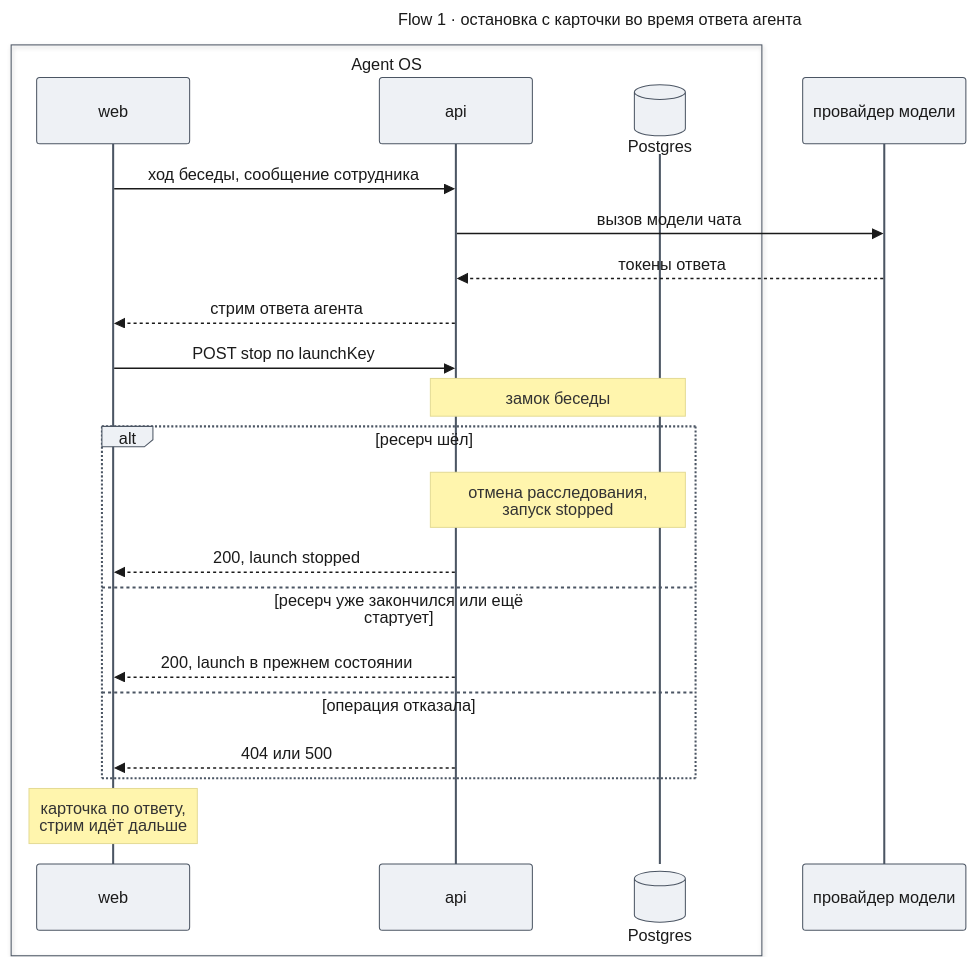
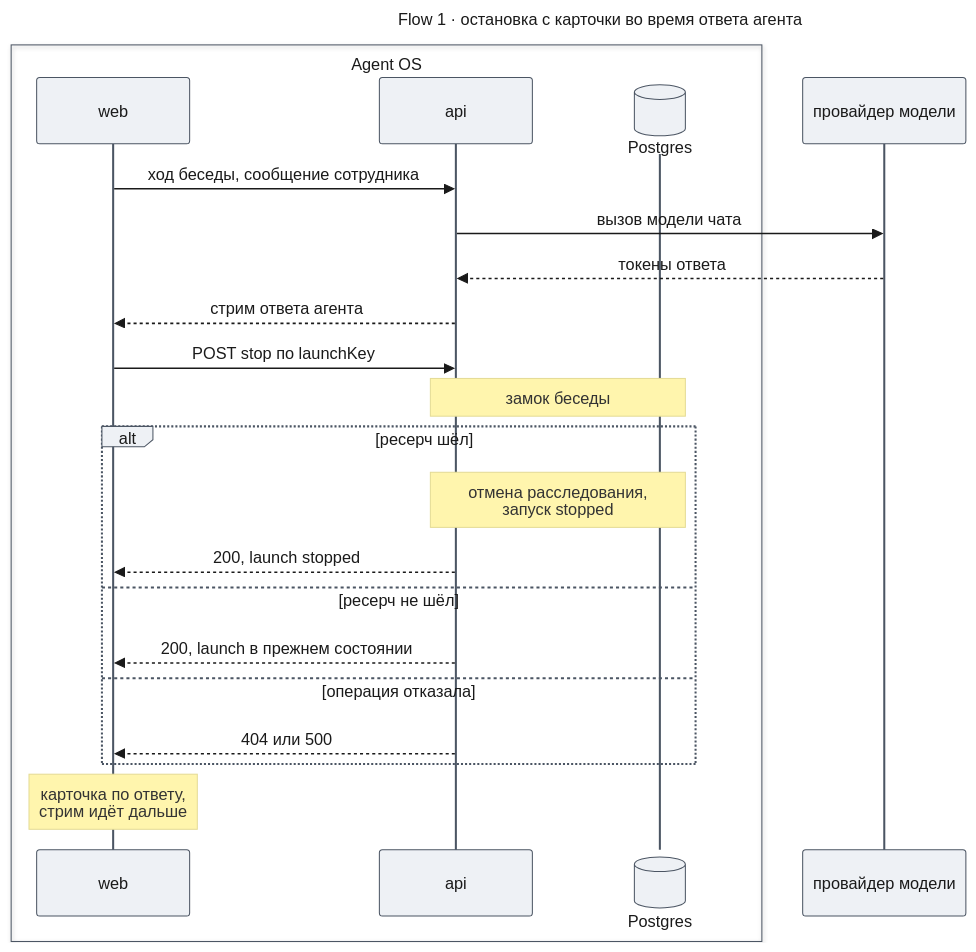
One commit to tundraray/agent-os changed the tenth of 11 diagrams in docs/features/agent-quality/design-web.md. Above: the diagram before and after it, drawn with Mermaid. The commit also changed other lines of this file, not shown here.

Commit message:
docs: align web design with lifecycle schema and new UXRD card states

````diff
--- a/docs/features/agent-quality/design-web.md
+++ b/docs/features/agent-quality/design-web.md
@@ -593,46 +602,46 @@
 ```mermaid
 ---
 title: "Flow 1 · остановка с карточки во время ответа агента"
 config:
   theme: base
   look: classic
   themeVariables:
     primaryColor: "#eef1f5"
     primaryBorderColor: "#4b5563"
     primaryTextColor: "#1a1a1a"
     lineColor: "#6b7280"
   themeCSS: |
     @keyframes lit_wf1{0%,11.25%{stroke:#991b1b;stroke-width:6px}12.5%,100%{stroke:#37474f;stroke-width:2px}}
     @keyframes litr_wf1{0%,11.25%{stroke:#1d4ed8;stroke-width:6px}12.5%,100%{stroke:#37474f;stroke-width:2px}}
     .messageLine0[data-id='i0'],.messageLine1[data-id='i0']{animation:lit_wf1 9.6s linear 0s infinite}
     .messageLine0[data-id='i1'],.messageLine1[data-id='i1']{animation:lit_wf1 9.6s linear 1.2s infinite}
     .messageLine0[data-id='i2'],.messageLine1[data-id='i2']{animation:litr_wf1 9.6s linear 2.4s infinite}
     .messageLine0[data-id='i3'],.messageLine1[data-id='i3']{animation:litr_wf1 9.6s linear 3.6s infinite}
     .messageLine0[data-id='i4'],.messageLine1[data-id='i4']{animation:lit_wf1 9.6s linear 4.8s infinite}
     .messageLine0[data-id='i8'],.messageLine1[data-id='i8']{animation:litr_wf1 9.6s linear 6s infinite}
     .messageLine0[data-id='i10'],.messageLine1[data-id='i10']{animation:litr_wf1 9.6s linear 7.2s infinite}
     .messageLine0[data-id='i12'],.messageLine1[data-id='i12']{animation:litr_wf1 9.6s linear 8.4s infinite}
 ---
 sequenceDiagram
     box Agent OS
         participant W as web
         participant API as api
         participant DB@{ "type": "database" } as Postgres
     end
     participant LLM as провайдер модели
     W->>API: ход беседы, сообщение сотрудника
     API->>LLM: вызов модели чата
     LLM-->>API: токены ответа
     API-->>W: стрим ответа агента
     W->>API: POST stop по launchKey
     Note over API,DB: замок беседы
     alt ресерч шёл
         Note over API,DB: отмена расследования,<br/>запуск stopped
         API-->>W: 200, launch stopped
-    else ресерч уже закончился или ещё стартует
+    else ресерч не шёл
         API-->>W: 200, launch в прежнем состоянии
     else операция отказала
         API-->>W: 404 или 500
     end
     Note over W: карточка по ответу,<br/>стрим идёт дальше
 ```
````
